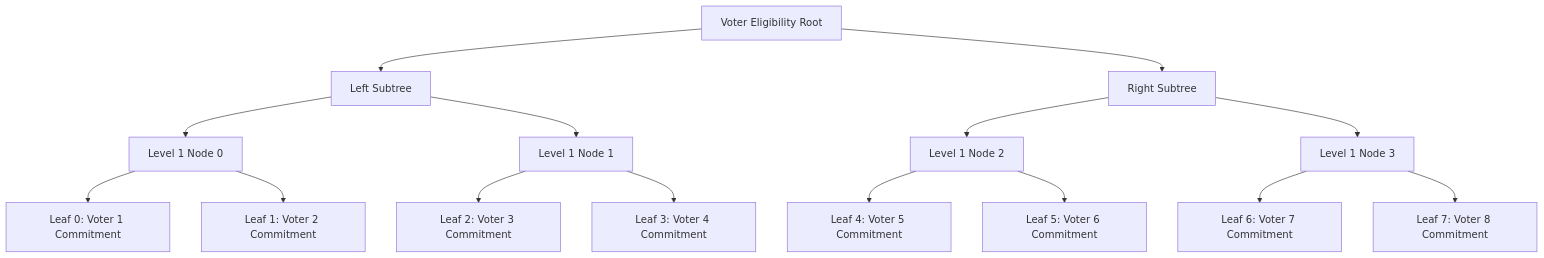
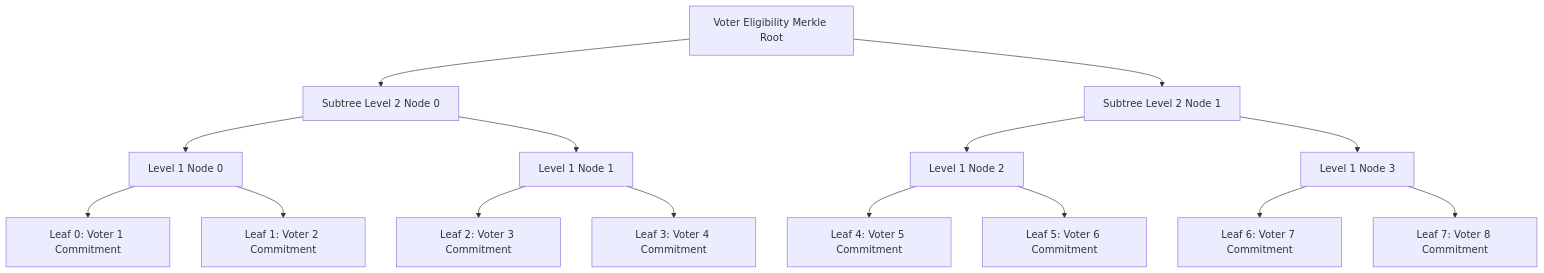
Before and after one commit to Aryan132005/Level4-New-Moon: the diagram in README.md, drawn with Mermaid. The commit also changed other lines of this file and 23 other files, not shown here.

Commit message:
feat: upgrade to Level 4 credential-gated anonymous voting suite with interactive Merkle visualizer, ZK circuit inspector, verifiable audit trail, and expanded test suite

````diff
--- a/README.md
+++ b/README.md
@@ -36,17 +52,17 @@
 ```mermaid
 graph TD
-    A[Voter Eligibility Root] --> B[Left Subtree]
-    A --> C[Right Subtree]
+    A[Voter Eligibility Merkle Root] --> B[Subtree Level 2 Node 0]
+    A --> C[Subtree Level 2 Node 1]
     B --> D[Level 1 Node 0]
     B --> E[Level 1 Node 1]
     C --> F[Level 1 Node 2]
     C --> G[Level 1 Node 3]
     D --> H[Leaf 0: Voter 1 Commitment]
     D --> I[Leaf 1: Voter 2 Commitment]
     E --> J[Leaf 2: Voter 3 Commitment]
     E --> K[Leaf 3: Voter 4 Commitment]
     F --> L[Leaf 4: Voter 5 Commitment]
     F --> M[Leaf 5: Voter 6 Commitment]
     G --> N[Leaf 6: Voter 7 Commitment]
     G --> O[Leaf 7: Voter 8 Commitment]
 ```
````
